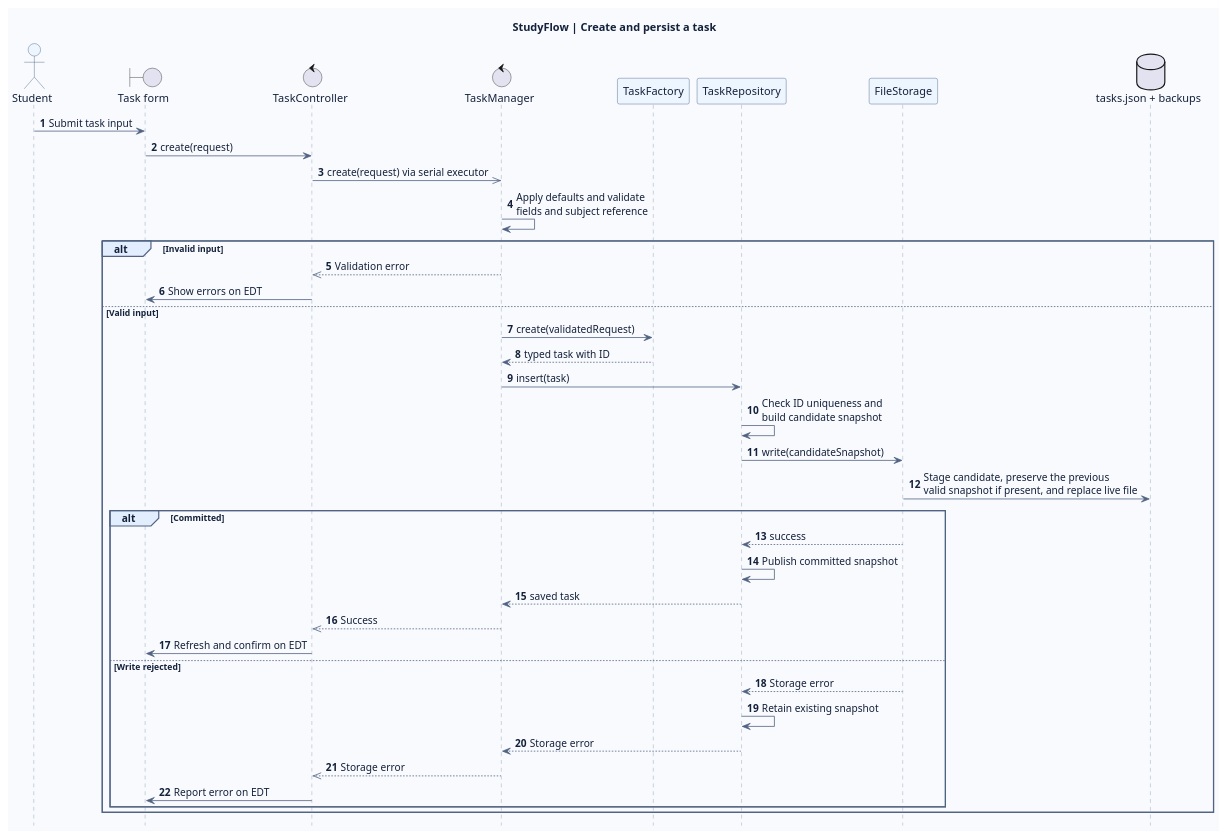
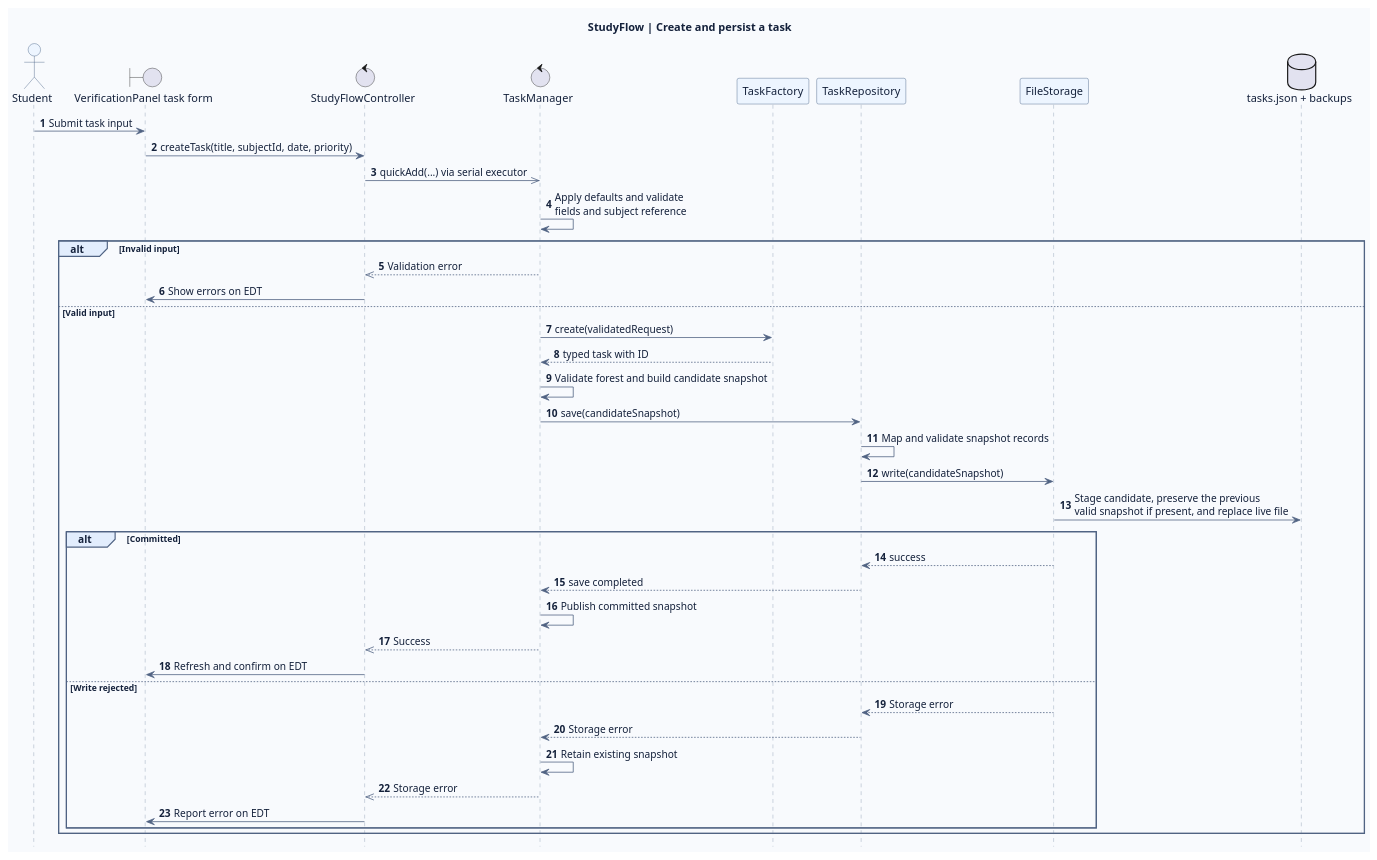
Before and after one commit to Dishitha09/StudyFlow: the diagram in docs/uml/sequence-diagram.puml, drawn with PlantUML. The commit also changed 30 other files, not shown here.

```diff
--- a/docs/uml/sequence-diagram.puml
+++ b/docs/uml/sequence-diagram.puml
@@ -1,56 +1,57 @@
 @startuml
 title StudyFlow | Create and persist a task
 skinparam backgroundColor #F8FAFD
 skinparam defaultFontName Segoe UI
 skinparam defaultFontColor #14213B
 skinparam shadowing false
 skinparam ArrowColor #506383
 skinparam sequenceParticipantBorderColor #345279
 skinparam sequenceParticipantBackgroundColor #EDF5FF
 skinparam sequenceActorBorderColor #345279
 skinparam sequenceActorBackgroundColor #EDF5FF
 skinparam sequenceLifeLineBorderColor #8295AD
 skinparam sequenceGroupBorderColor #506383
 skinparam sequenceGroupHeaderFontColor #14213B
 skinparam sequenceGroupBackgroundColor #E2EDFD
 hide footbox
 autonumber
 
 actor Student
-boundary "Task form" as View
-control TaskController as Controller
+boundary "VerificationPanel task form" as View
+control StudyFlowController as Controller
 control TaskManager as Manager
 participant TaskFactory as Factory
 participant TaskRepository as Repo
 participant FileStorage as Storage
 database "tasks.json + backups" as Disk
 
 Student -> View : Submit task input
-View -> Controller : create(request)
-Controller ->> Manager : create(request) via serial executor
+View -> Controller : createTask(title, subjectId, date, priority)
+Controller ->> Manager : quickAdd(...) via serial executor
 Manager -> Manager : Apply defaults and validate\nfields and subject reference
 alt Invalid input
   Manager -->> Controller : Validation error
   Controller -> View : Show errors on EDT
 else Valid input
   Manager -> Factory : create(validatedRequest)
   Factory --> Manager : typed task with ID
-  Manager -> Repo : insert(task)
-  Repo -> Repo : Check ID uniqueness and\nbuild candidate snapshot
+  Manager -> Manager : Validate forest and build candidate snapshot
+  Manager -> Repo : save(candidateSnapshot)
+  Repo -> Repo : Map and validate snapshot records
   Repo -> Storage : write(candidateSnapshot)
   Storage -> Disk : Stage candidate, preserve the previous\nvalid snapshot if present, and replace live file
   alt Committed
     Storage --> Repo : success
-    Repo -> Repo : Publish committed snapshot
-    Repo --> Manager : saved task
+    Repo --> Manager : save completed
+    Manager -> Manager : Publish committed snapshot
     Manager -->> Controller : Success
     Controller -> View : Refresh and confirm on EDT
   else Write rejected
     Storage --> Repo : Storage error
-    Repo -> Repo : Retain existing snapshot
     Repo --> Manager : Storage error
+    Manager -> Manager : Retain existing snapshot
     Manager -->> Controller : Storage error
     Controller -> View : Report error on EDT
   end
 end
 @enduml
```
